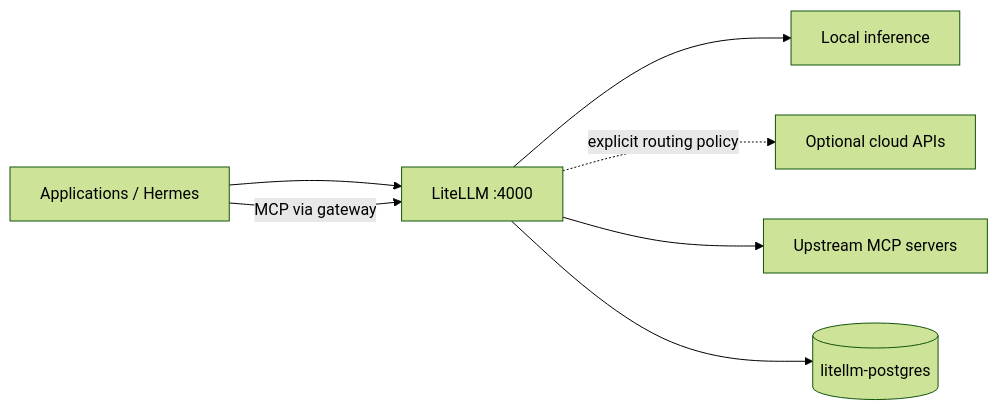
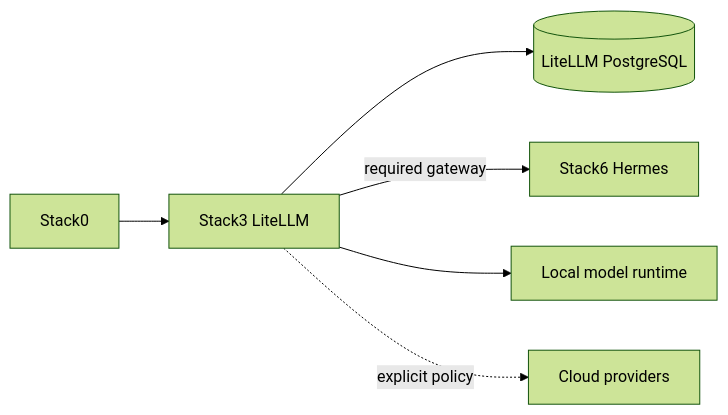
The diagram in stack3_-_litellm/README.md (ea1het/local_hybrid_ai), drawn with Mermaid (forest theme) before and after one commit. The commit also changed other lines of this file and 46 other files, not shown here.

````diff
--- a/stack3_-_litellm/README.md
+++ b/stack3_-_litellm/README.md
@@ -5,9 +7,8 @@
 ```mermaid
 flowchart LR
-    A[Applications / Hermes] --> LL[LiteLLM :4000]
-    LL --> LOCAL[Local inference]
-    LL -.->|explicit routing policy| CLOUD[Optional cloud APIs]
-    A -->|MCP via gateway| LL
-    LL --> MCP[Upstream MCP servers]
-    LL --> PG[(litellm-postgres)]
+  S0[Stack0] --> S3[Stack3 LiteLLM]
+  S3 --> PG[(LiteLLM PostgreSQL)]
+  S3 -->|required gateway| S6[Stack6 Hermes]
+  S3 --> LOCAL[Local model runtime]
+  S3 -. explicit policy .-> CLOUD[Cloud providers]
 ```
````
